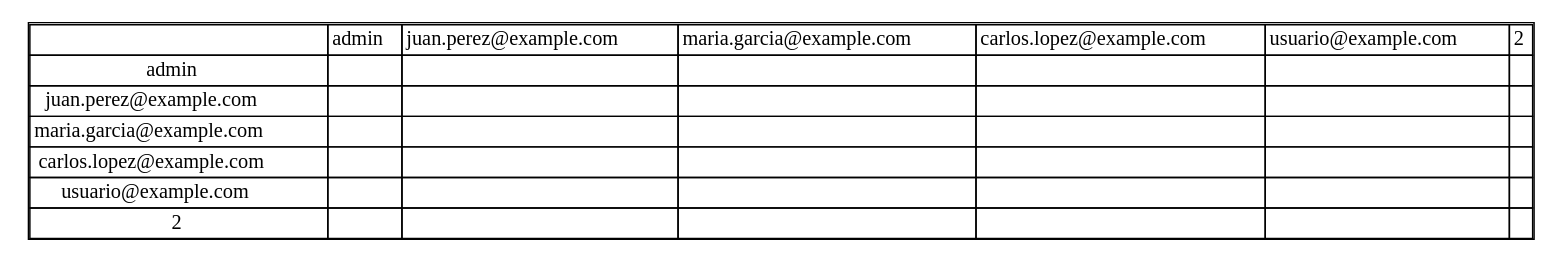
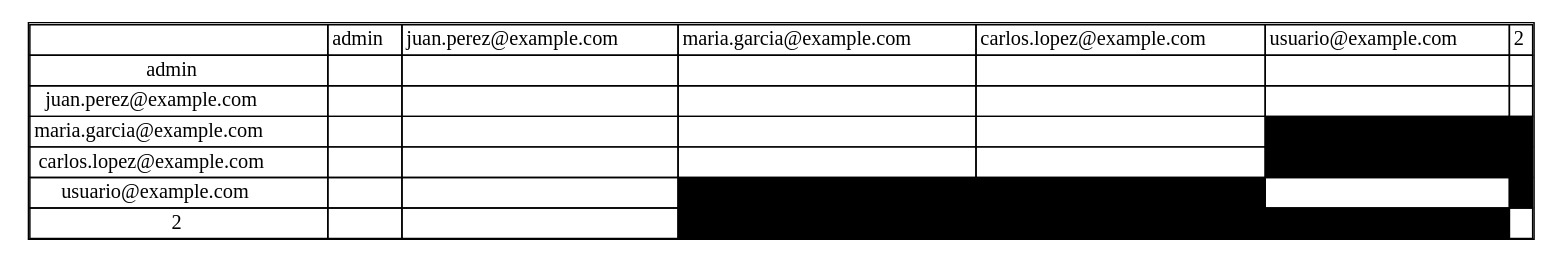
One commit to LightDemon12/-EDD-PROYECTOS_202100215 changed the diagram in Fase#1/cmake-build-debug/relaciones.dot. Above: the diagram before and after it, drawn with Graphviz. The commit also changed 39 other files, not shown here.

```diff
--- a/Fase#1/cmake-build-debug/relaciones.dot
+++ b/Fase#1/cmake-build-debug/relaciones.dot
@@ -1,13 +1,13 @@
 digraph G {
 node [shape=plaintext]
 a [label=<
 <table border='1' cellborder='1' cellspacing='0'>
 <tr><td></td><td>admin</td><td>juan.perez@example.com</td><td>maria.garcia@example.com</td><td>carlos.lopez@example.com</td><td>usuario@example.com</td><td>2</td></tr>
 <tr><td>admin</td><td></td><td></td><td></td><td></td><td></td><td></td></tr>
 <tr><td>juan.perez@example.com</td><td></td><td></td><td></td><td></td><td></td><td></td></tr>
-<tr><td>maria.garcia@example.com</td><td></td><td></td><td></td><td></td><td></td><td></td></tr>
-<tr><td>carlos.lopez@example.com</td><td></td><td></td><td></td><td></td><td></td><td></td></tr>
-<tr><td>usuario@example.com</td><td></td><td></td><td></td><td></td><td></td><td></td></tr>
-<tr><td>2</td><td></td><td></td><td></td><td></td><td></td><td></td></tr>
+<tr><td>maria.garcia@example.com</td><td></td><td></td><td></td><td></td><td bgcolor='black'></td><td bgcolor='black'></td></tr>
+<tr><td>carlos.lopez@example.com</td><td></td><td></td><td></td><td></td><td bgcolor='black'></td><td bgcolor='black'></td></tr>
+<tr><td>usuario@example.com</td><td></td><td></td><td bgcolor='black'></td><td bgcolor='black'></td><td></td><td bgcolor='black'></td></tr>
+<tr><td>2</td><td></td><td></td><td bgcolor='black'></td><td bgcolor='black'></td><td bgcolor='black'></td><td></td></tr>
 </table>>];
 }
```
